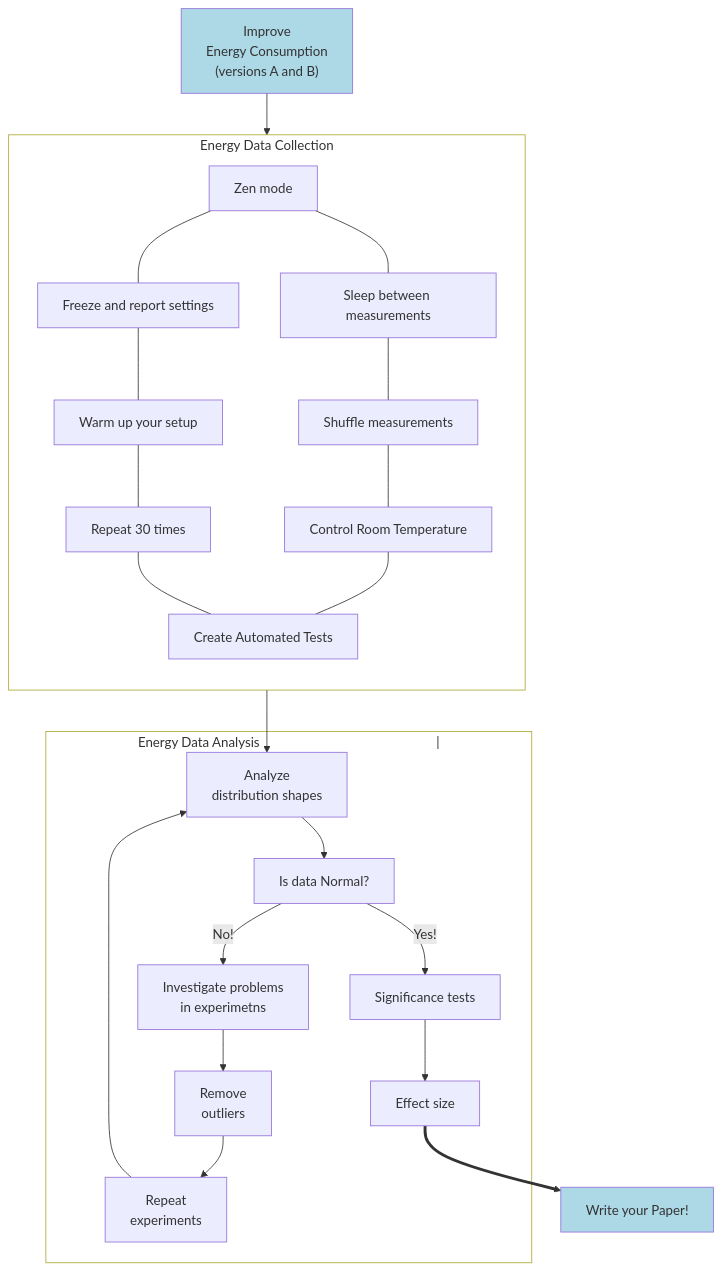
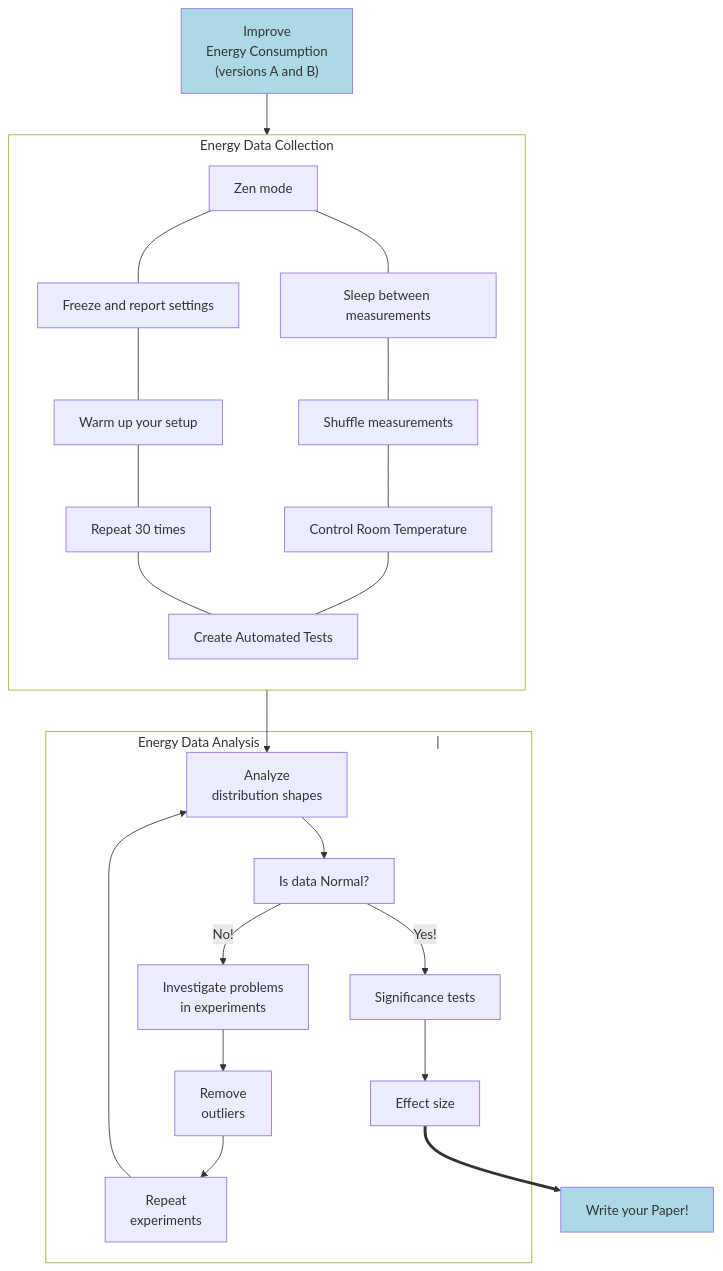
Before and after one commit to luiscruz/luiscruz.github.io: the diagram in _posts/2021-08-20-measuring-energy.md, drawn with Mermaid. The commit also changed other lines of this file, not shown here.

```diff
--- a/_posts/2021-08-20-measuring-energy.md
+++ b/_posts/2021-08-20-measuring-energy.md
@@ -182,44 +182,44 @@
 <div class="mermaid">
 flowchart TB
     A["Improve\nEnergy Consumption\n(versions A and B)"]
     A --> C
     subgraph C[Energy Data Collection]
     direction TB
       C1[Zen mode]
       C2[Freeze and report settings]
       C3[Warm up your setup]
       C4[Repeat 30 times]
       C5[Sleep between measurements]
       C6[Shuffle measurements]
       C7[Control Room Temperature]
       C8[Create Automated Tests]
       C1 --- C2 --- C3 --- C4 --- C8
       C1 --- C5 --- C6 --- C7 --- C8
     end
 
 
     C --> D1
     subgraph D["Energy Data Analysis&nbsp;&nbsp;&nbsp;&nbsp;&nbsp;&nbsp;&nbsp;&nbsp;&nbsp;&nbsp;&nbsp;&nbsp;&nbsp;&nbsp;&nbsp;&nbsp;&nbsp;&nbsp;&nbsp;&nbsp;&nbsp;&nbsp;&nbsp;&nbsp;&nbsp;&nbsp;&nbsp;&nbsp;&nbsp;&nbsp;&nbsp;&nbsp;&nbsp;&nbsp;&nbsp;&nbsp;&nbsp;&nbsp;&nbsp;&nbsp;&nbsp;&nbsp;&nbsp;&nbsp;&nbsp;&nbsp;&nbsp;&nbsp;&nbsp;&nbsp;&nbsp;&nbsp;|"]
         D1[Analyze\ndistribution shapes]
         D2[Is data Normal?]
-        D3[Investigate problems\n in experimetns]
+        D3[Investigate problems\n in experiments]
         D4[Remove\n outliers]
         D5[Repeat\n experiments]
         D6[Significance tests]
         D7[Effect size]
         D1 --> D2
         D2 -- No! --> D3
         D3 --> D4
         D4 --> D5
         D5 --> D1
         D2 -- Yes! --> D6
         D6 --> D7
     end
     D7 ==> E
     E[Write your Paper!]
 
     style E fill:lightblue
     style D fill: transparent,text-align:left
     style C fill: transparent
     style A fill:lightblue
 </div>
```
